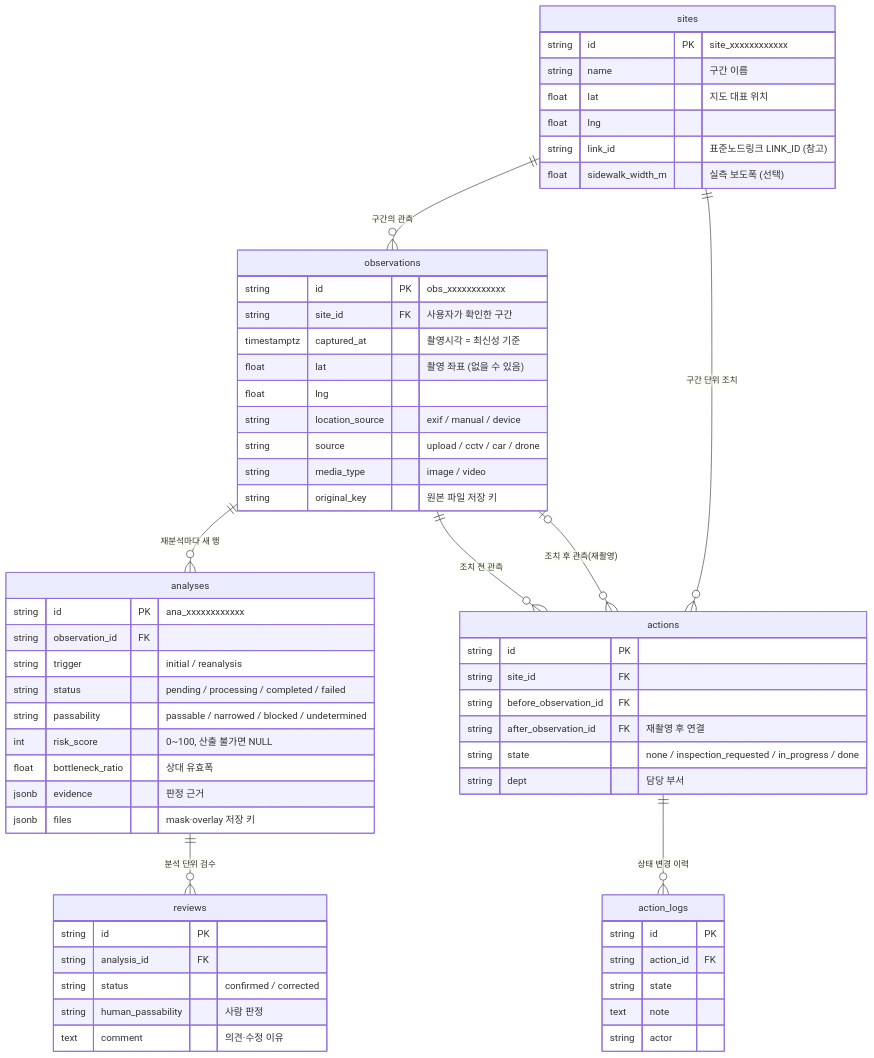
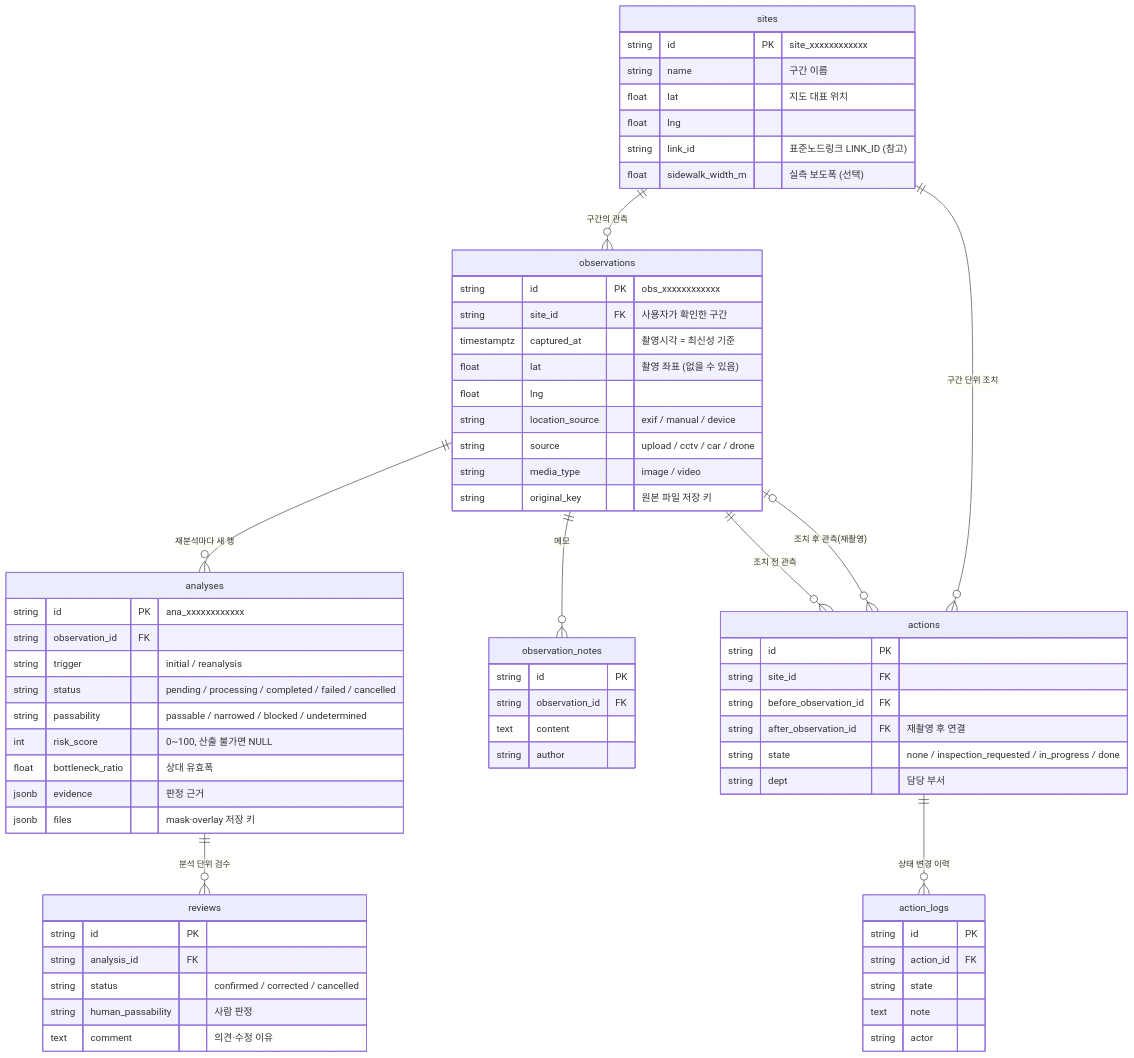
The second of 3 diagrams in docs/DB.md (KingHaKyung/RoadPush_BE), drawn with Mermaid before and after one commit. The commit also changed other lines of this file and 15 other files, not shown here.

````diff
--- a/docs/DB.md
+++ b/docs/DB.md
@@ -92,63 +92,70 @@
 ```mermaid
 erDiagram
     sites ||--o{ observations : "구간의 관측"
     observations ||--o{ analyses : "재분석마다 새 행"
+    observations ||--o{ observation_notes : "메모"
     analyses ||--o{ reviews : "분석 단위 검수"
     sites ||--o{ actions : "구간 단위 조치"
     observations ||--o{ actions : "조치 전 관측"
     observations |o--o{ actions : "조치 후 관측(재촬영)"
     actions ||--o{ action_logs : "상태 변경 이력"
 
     sites {
         string id PK "site_xxxxxxxxxxxx"
         string name "구간 이름"
         float lat "지도 대표 위치"
         float lng
         string link_id "표준노드링크 LINK_ID (참고)"
         float sidewalk_width_m "실측 보도폭 (선택)"
     }
     observations {
         string id PK "obs_xxxxxxxxxxxx"
         string site_id FK "사용자가 확인한 구간"
         timestamptz captured_at "촬영시각 = 최신성 기준"
         float lat "촬영 좌표 (없을 수 있음)"
         float lng
         string location_source "exif / manual / device"
         string source "upload / cctv / car / drone"
         string media_type "image / video"
         string original_key "원본 파일 저장 키"
     }
     analyses {
         string id PK "ana_xxxxxxxxxxxx"
         string observation_id FK
         string trigger "initial / reanalysis"
-        string status "pending / processing / completed / failed"
+        string status "pending / processing / completed / failed / cancelled"
         string passability "passable / narrowed / blocked / undetermined"
         int risk_score "0~100, 산출 불가면 NULL"
         float bottleneck_ratio "상대 유효폭"
         jsonb evidence "판정 근거"
         jsonb files "mask·overlay 저장 키"
     }
     reviews {
         string id PK
         string analysis_id FK
-        string status "confirmed / corrected"
+        string status "confirmed / corrected / cancelled"
         string human_passability "사람 판정"
         text comment "의견·수정 이유"
     }
     actions {
         string id PK
         string site_id FK
         string before_observation_id FK
         string after_observation_id FK "재촬영 후 연결"
         string state "none / inspection_requested / in_progress / done"
         string dept "담당 부서"
     }
     action_logs {
         string id PK
         string action_id FK
         string state
         text note
         string actor
     }
+    observation_notes {
+        string id PK
+        string observation_id FK
+        text content
+        string author
+    }
 ```
````
